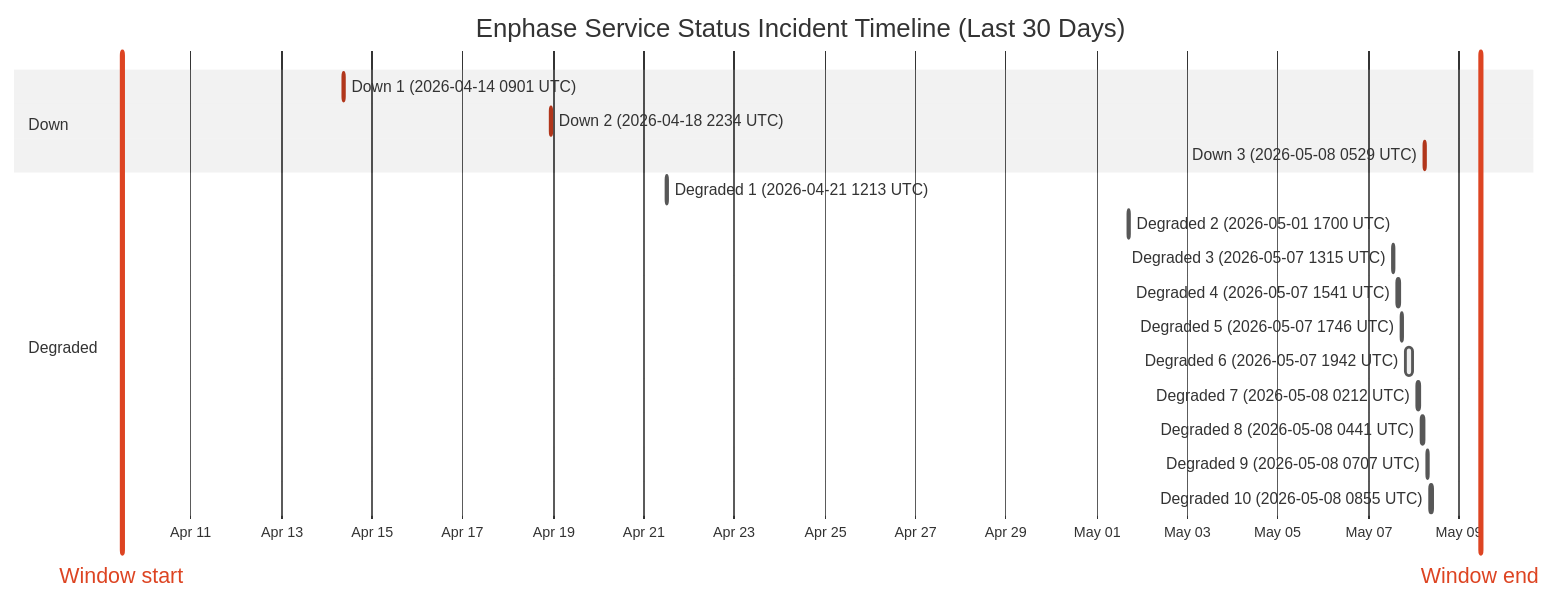
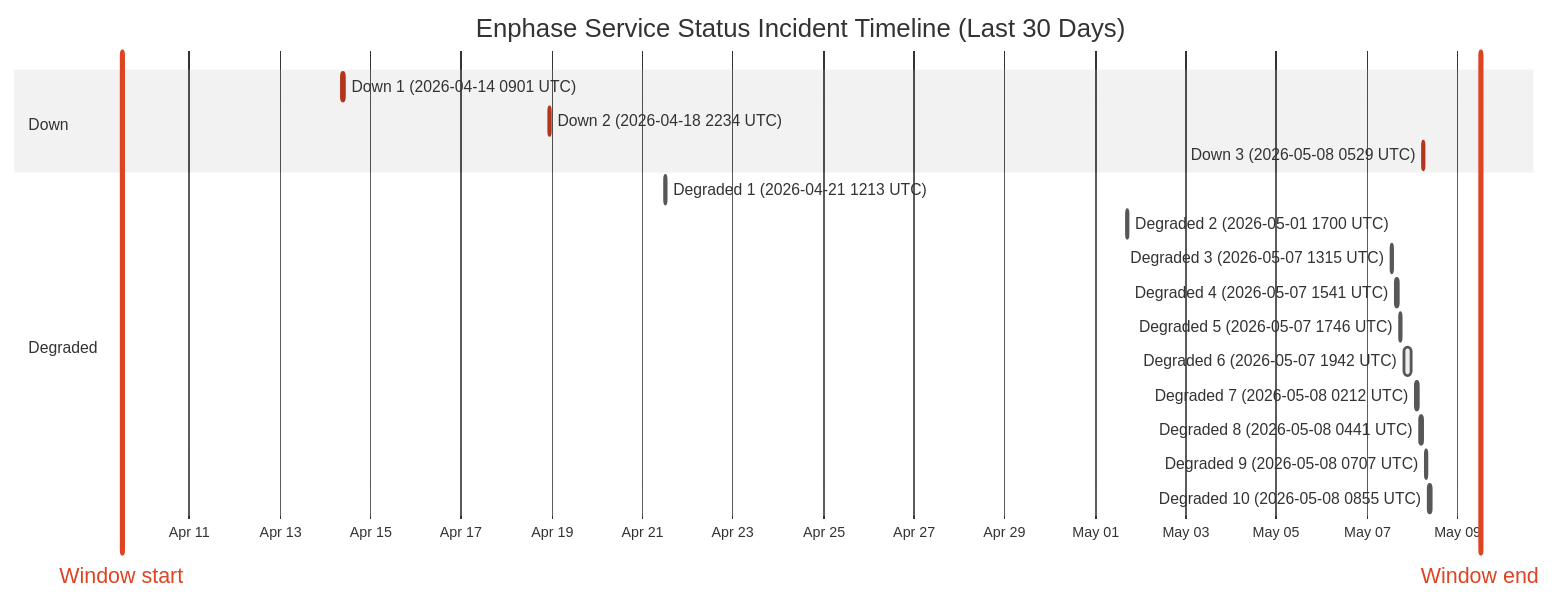
Before and after one commit to barneyonline/ha-enphase-ev-charger: the diagram in wiki/Service-Status-History.md, drawn with Mermaid (neutral theme). The commit also changed other lines of this file and 3 other files, not shown here.

````diff
--- a/wiki/Service-Status-History.md
+++ b/wiki/Service-Status-History.md
@@ -14,23 +14,23 @@
 ```mermaid
 gantt
     title Enphase Service Status Incident Timeline (Last 30 Days)
     dateFormat  YYYY-MM-DDTHH:mm:ss
     axisFormat  %b %d
-    Window start :vert, window-start, 2026-04-09T11:25:03, 0ms
-    Window end :vert, window-end, 2026-05-09T11:25:03, 0ms
+    Window start :vert, window-start, 2026-04-09T12:09:03, 0ms
+    Window end :vert, window-end, 2026-05-09T12:09:03, 0ms
     section Down
     Down 1 (2026-04-14 0901 UTC) :crit, down-1, 2026-04-14T09:01:13, 60m
     Down 2 (2026-04-18 2234 UTC) :crit, down-2, 2026-04-18T22:34:13, 60m
     Down 3 (2026-05-08 0529 UTC) :crit, down-3, 2026-05-08T05:29:47, 60m
     section Degraded
     Degraded 1 (2026-04-21 1213 UTC) :active, degraded-1, 2026-04-21T12:13:11, 60m
     Degraded 2 (2026-05-01 1700 UTC) :active, degraded-2, 2026-05-01T17:00:22, 60m
     Degraded 3 (2026-05-07 1315 UTC) :active, degraded-3, 2026-05-07T13:15:25, 60m
     Degraded 4 (2026-05-07 1541 UTC) :active, degraded-4, 2026-05-07T15:41:58, 60m
     Degraded 5 (2026-05-07 1746 UTC) :active, degraded-5, 2026-05-07T17:46:51, 60m
     Degraded 6 (2026-05-07 1942 UTC) :active, degraded-6, 2026-05-07T19:42:10, 249m
     Degraded 7 (2026-05-08 0212 UTC) :active, degraded-7, 2026-05-08T02:12:39, 60m
     Degraded 8 (2026-05-08 0441 UTC) :active, degraded-8, 2026-05-08T04:41:46, 60m
     Degraded 9 (2026-05-08 0707 UTC) :active, degraded-9, 2026-05-08T07:07:30, 60m
     Degraded 10 (2026-05-08 0855 UTC) :active, degraded-10, 2026-05-08T08:55:20, 88m
 ```
````
